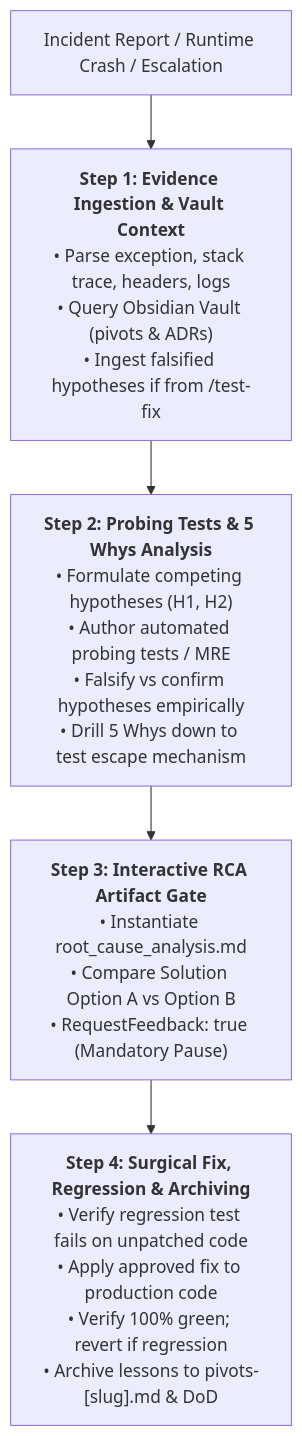
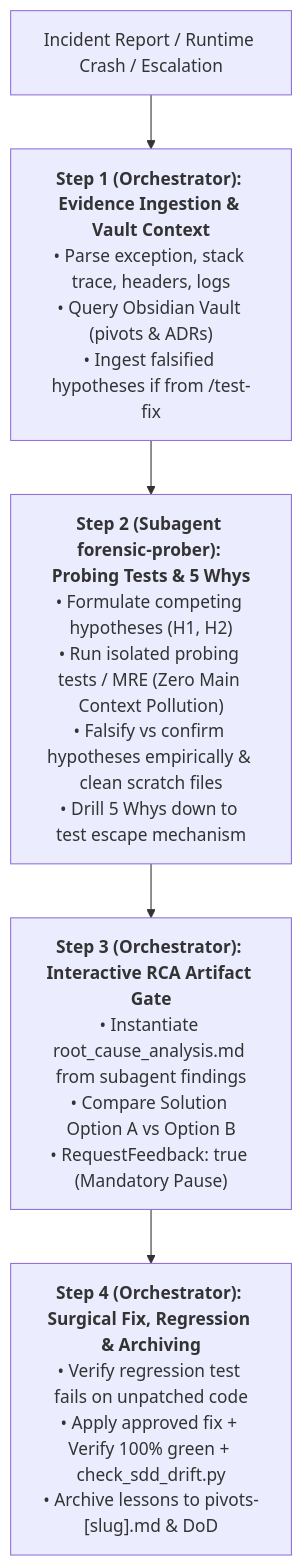
One commit to MarcosVeniciu/antigravity-agentic-skills changed the diagram in skills/debug/SKILL.md. Above: the diagram before and after it, drawn with Mermaid. The commit also changed other lines of this file and 23 other files, not shown here.

Commit message:
feat(skills): evolve Tier 1 and Tier 2 skills to SDD 2.0 subagent architecture and complete doc/ READMEs

````diff
--- a/skills/debug/SKILL.md
+++ b/skills/debug/SKILL.md
@@ -27,7 +27,7 @@
 ```mermaid
 flowchart TD
-    Crash["Incident Report / Runtime Crash / Escalation"] --> S1["<b>Step 1: Evidence Ingestion & Vault Context</b><br/>• Parse exception, stack trace, headers, logs<br/>• Query Obsidian Vault (pivots & ADRs)<br/>• Ingest falsified hypotheses if from /test-fix"]
-    S1 --> S2["<b>Step 2: Probing Tests & 5 Whys Analysis</b><br/>• Formulate competing hypotheses (H1, H2)<br/>• Author automated probing tests / MRE<br/>• Falsify vs confirm hypotheses empirically<br/>• Drill 5 Whys down to test escape mechanism"]
-    S2 --> S3["<b>Step 3: Interactive RCA Artifact Gate</b><br/>• Instantiate root_cause_analysis.md<br/>• Compare Solution Option A vs Option B<br/>• RequestFeedback: true (Mandatory Pause)"]
-    S3 --> S4["<b>Step 4: Surgical Fix, Regression & Archiving</b><br/>• Verify regression test fails on unpatched code<br/>• Apply approved fix to production code<br/>• Verify 100% green; revert if regression<br/>• Archive lessons to pivots-[slug].md & DoD"]
+    Crash["Incident Report / Runtime Crash / Escalation"] --> S1["<b>Step 1 (Orchestrator): Evidence Ingestion & Vault Context</b><br/>• Parse exception, stack trace, headers, logs<br/>• Query Obsidian Vault (pivots & ADRs)<br/>• Ingest falsified hypotheses if from /test-fix"]
+    S1 --> S2["<b>Step 2 (Subagent forensic-prober): Probing Tests & 5 Whys</b><br/>• Formulate competing hypotheses (H1, H2)<br/>• Run isolated probing tests / MRE (Zero Main Context Pollution)<br/>• Falsify vs confirm hypotheses empirically & clean scratch files<br/>• Drill 5 Whys down to test escape mechanism"]
+    S2 --> S3["<b>Step 3 (Orchestrator): Interactive RCA Artifact Gate</b><br/>• Instantiate root_cause_analysis.md from subagent findings<br/>• Compare Solution Option A vs Option B<br/>• RequestFeedback: true (Mandatory Pause)"]
+    S3 --> S4["<b>Step 4 (Orchestrator): Surgical Fix, Regression & Archiving</b><br/>• Verify regression test fails on unpatched code<br/>• Apply approved fix + Verify 100% green + check_sdd_drift.py<br/>• Archive lessons to pivots-[slug].md & DoD"]
 ```
````
